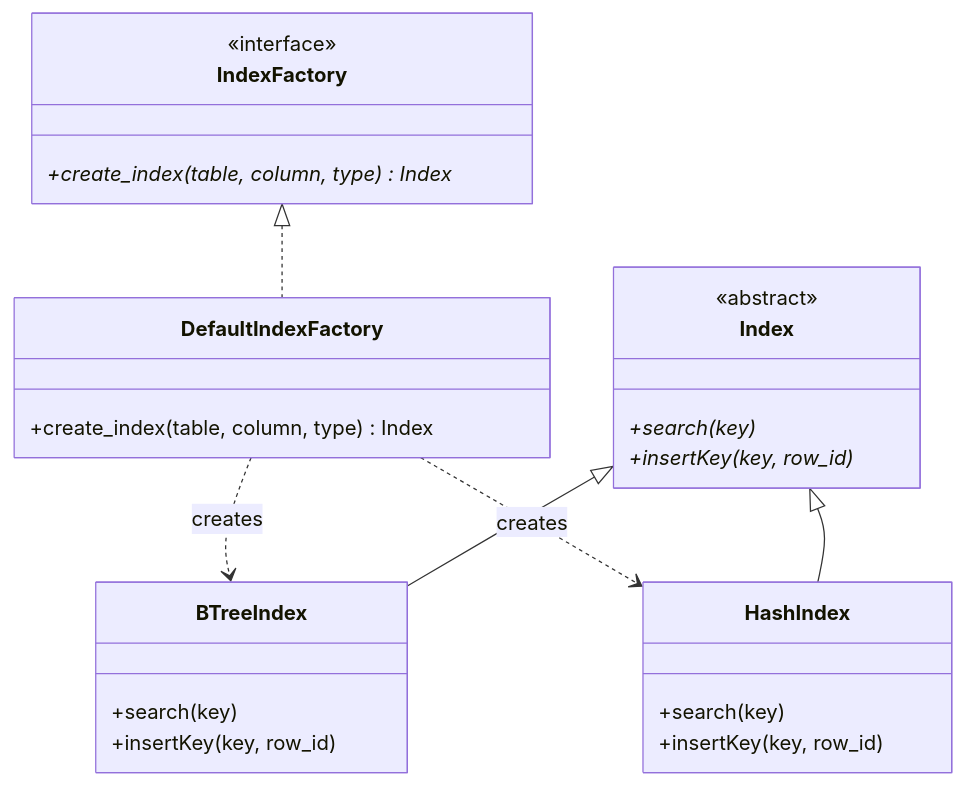
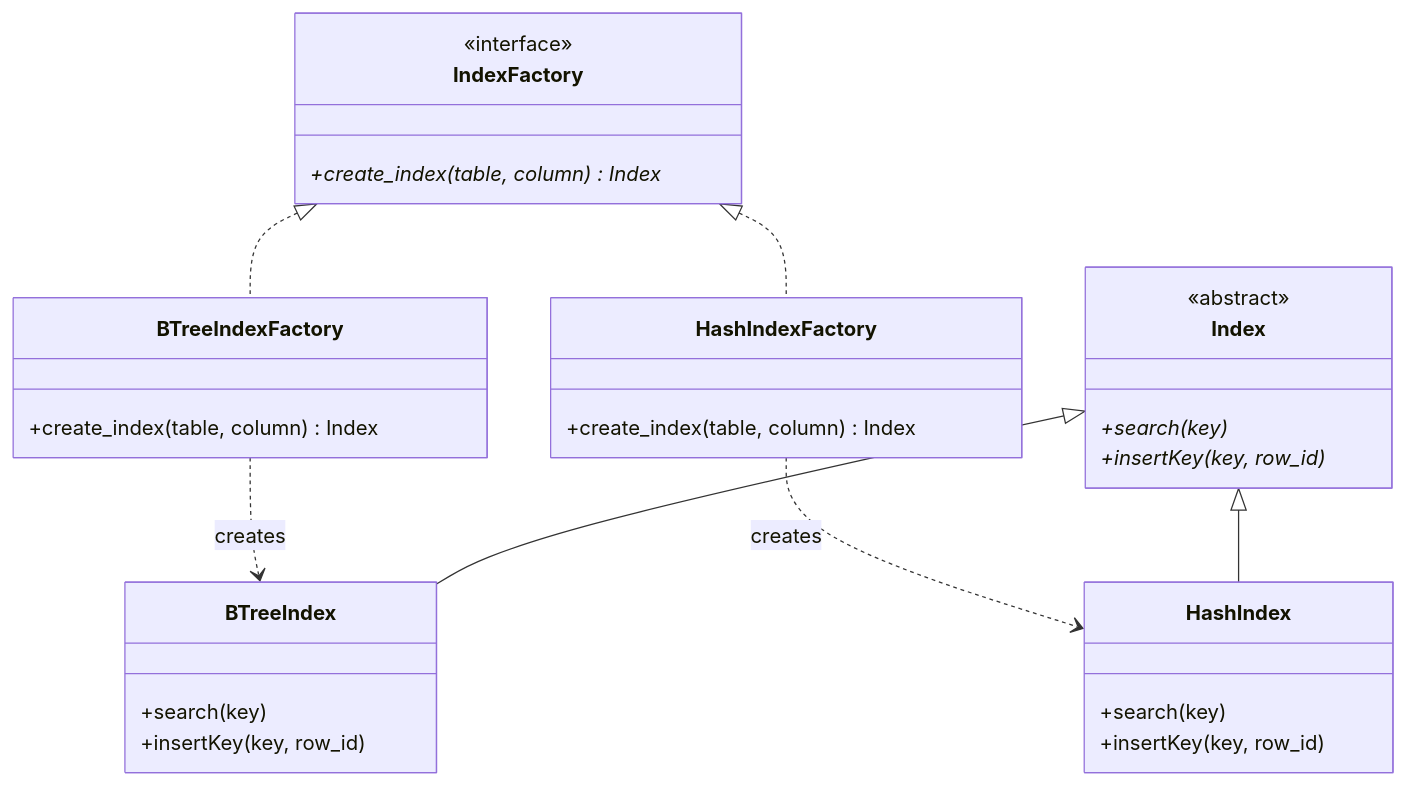
Before and after one commit to TamBui1706/DBMS: the seventh of 10 diagrams in DPSuggest.md, drawn with Mermaid. The commit also changed other lines of this file, not shown here.

Commit message:
Factory method design pattern

````diff
--- a/DPSuggest.md
+++ b/DPSuggest.md
@@ -520,33 +520,38 @@
 ```mermaid
 classDiagram
     class IndexFactory {
         <<interface>>
-        +create_index(table, column, type)* Index
+        +create_index(table, column)* Index
     }
     
-    class DefaultIndexFactory {
-        +create_index(table, column, type) Index
+    class BTreeIndexFactory {
+        +create_index(table, column) Index
+    }
+    
+    class HashIndexFactory {
+        +create_index(table, column) Index
     }
     
     class Index {
         <<abstract>>
         +search(key)*
         +insertKey(key, row_id)*
     }
     
     class BTreeIndex {
         +search(key)
         +insertKey(key, row_id)
     }
     
     class HashIndex {
         +search(key)
         +insertKey(key, row_id)
     }
 
-    IndexFactory <|.. DefaultIndexFactory
-    DefaultIndexFactory ..> BTreeIndex : creates
-    DefaultIndexFactory ..> HashIndex : creates
+    IndexFactory <|.. BTreeIndexFactory
+    IndexFactory <|.. HashIndexFactory
+    BTreeIndexFactory ..> BTreeIndex : creates
+    HashIndexFactory ..> HashIndex : creates
     Index <|-- BTreeIndex
     Index <|-- HashIndex
 ```
````
